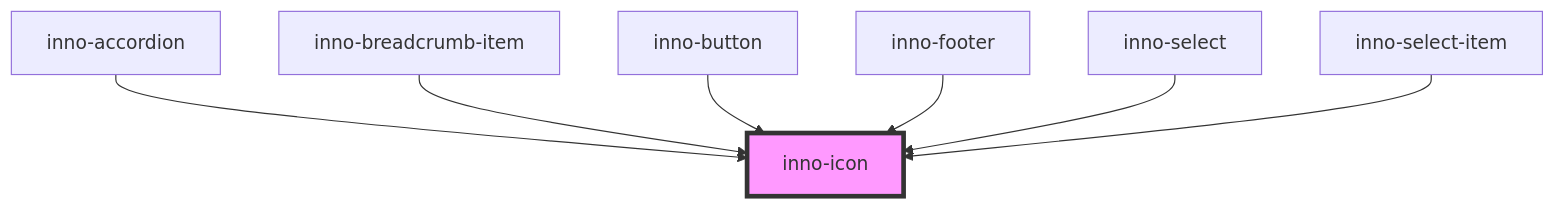
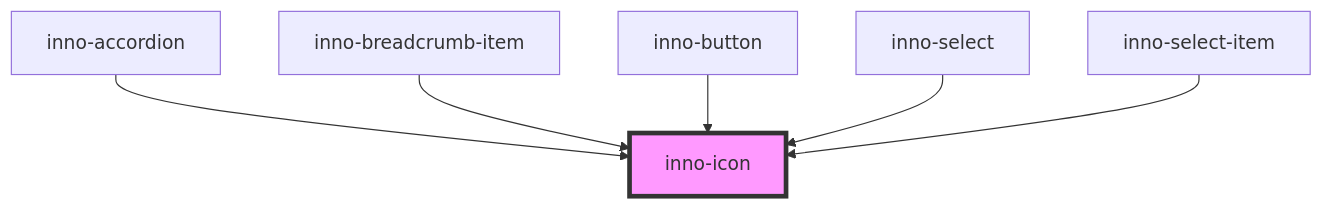
The diagram in packages/stencil-lib/src/components/inno-icon/readme.md (innomotics/brand-experience), drawn with Mermaid before and after one commit. The commit also changed other lines of this file and 23 other files, not shown here.

Commit message:
inno-footer-v2

````diff
--- a/packages/stencil-lib/src/components/inno-icon/readme.md
+++ b/packages/stencil-lib/src/components/inno-icon/readme.md
@@ -60,10 +59,9 @@
 ```mermaid
 graph TD;
   inno-accordion --> inno-icon
   inno-breadcrumb-item --> inno-icon
   inno-button --> inno-icon
-  inno-footer --> inno-icon
   inno-select --> inno-icon
   inno-select-item --> inno-icon
   style inno-icon fill:#f9f,stroke:#333,stroke-width:4px
 ```
````
